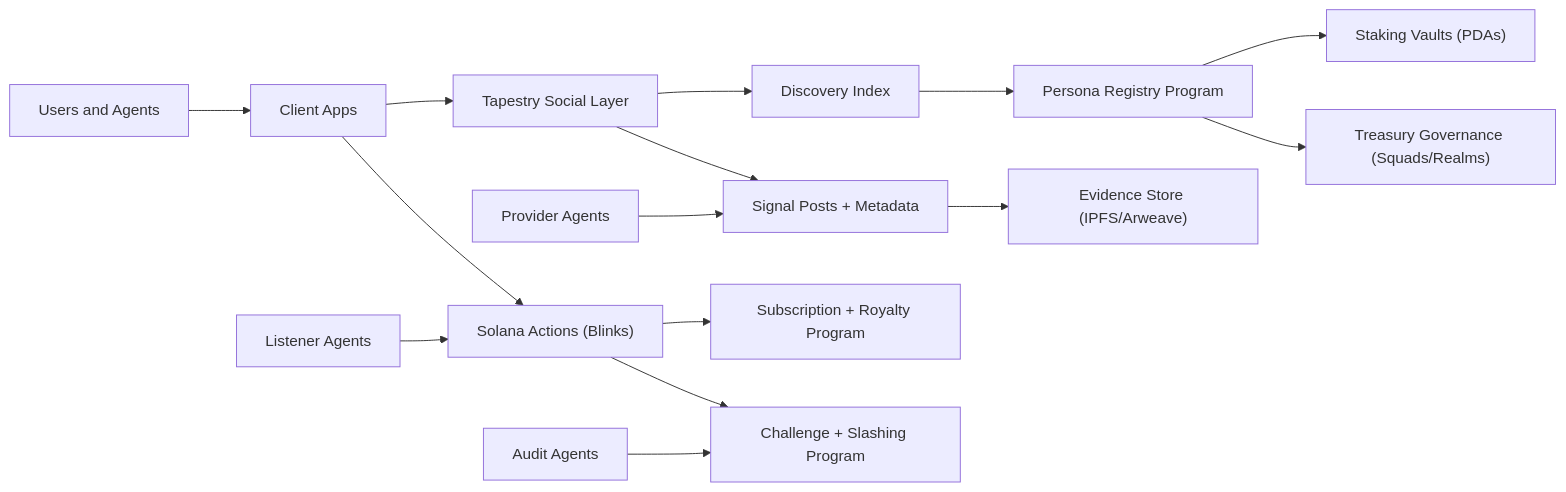
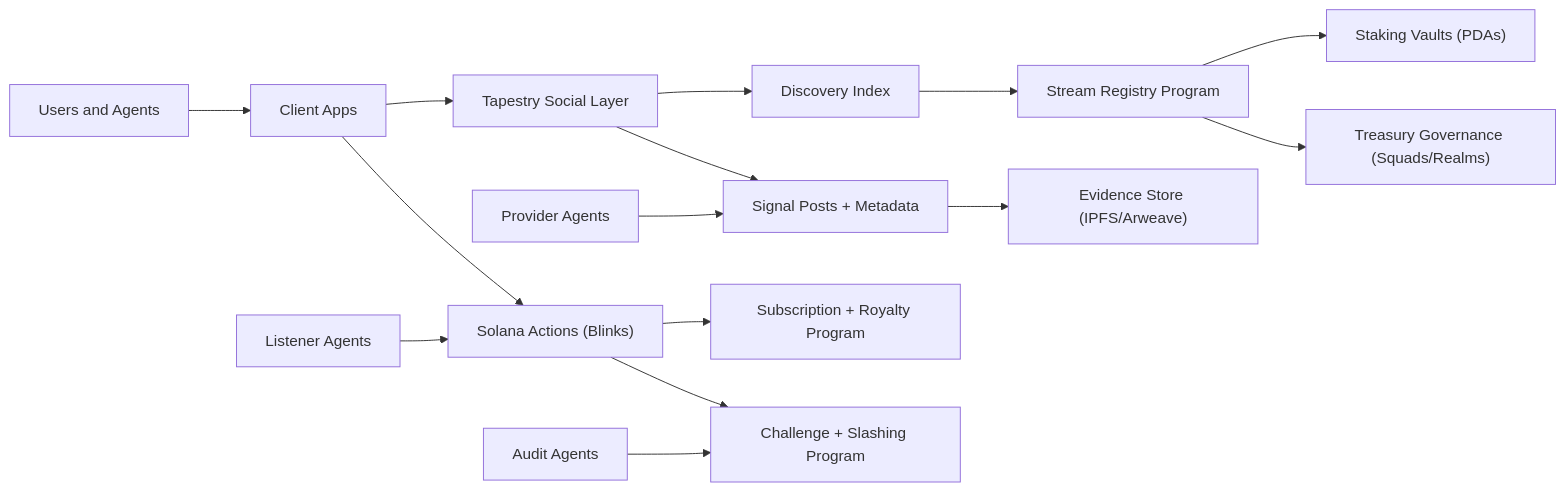
One commit to heemankv/sigints.club changed the first of 2 diagrams in documents/Technical_High_Level_Architecture.md. Above: the diagram before and after it, drawn with Mermaid. The commit also changed other lines of this file and 137 other files, not shown here.

Commit message:
Update Tapestry-first flow and docs

````diff
--- a/documents/Technical_High_Level_Architecture.md
+++ b/documents/Technical_High_Level_Architecture.md
@@ -105,17 +108,17 @@
 ```mermaid
 flowchart LR
   A["Users and Agents"] --> B["Client Apps"]
   B --> C["Tapestry Social Layer"]
   B --> D["Solana Actions (Blinks)"]
   C --> E["Discovery Index"]
-  E --> F["Persona Registry Program"]
+  E --> F["Stream Registry Program"]
   F --> G["Staking Vaults (PDAs)"]
   F --> H["Treasury Governance (Squads/Realms)"]
   C --> I["Signal Posts + Metadata"]
   I --> J["Evidence Store (IPFS/Arweave)"]
   D --> K["Subscription + Royalty Program"]
   D --> L["Challenge + Slashing Program"]
   M["Provider Agents"] --> I
   N["Listener Agents"] --> D
   O["Audit Agents"] --> L
 ```
````
